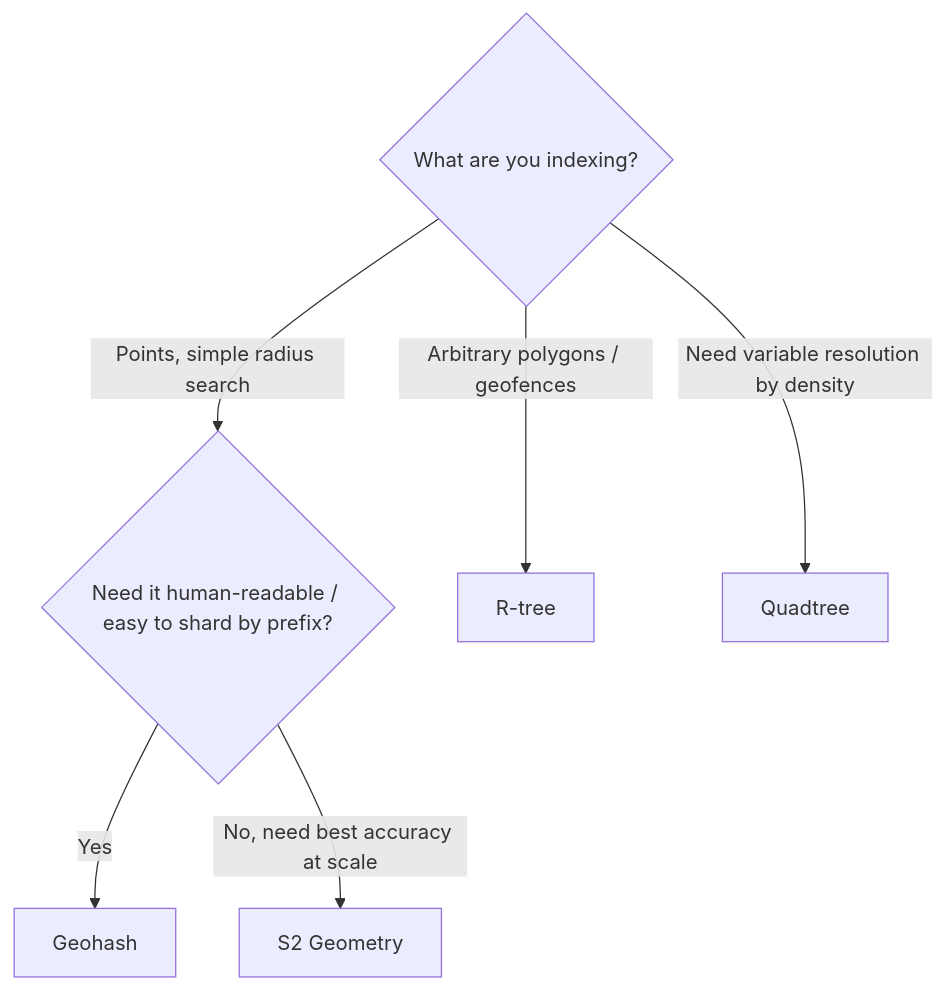
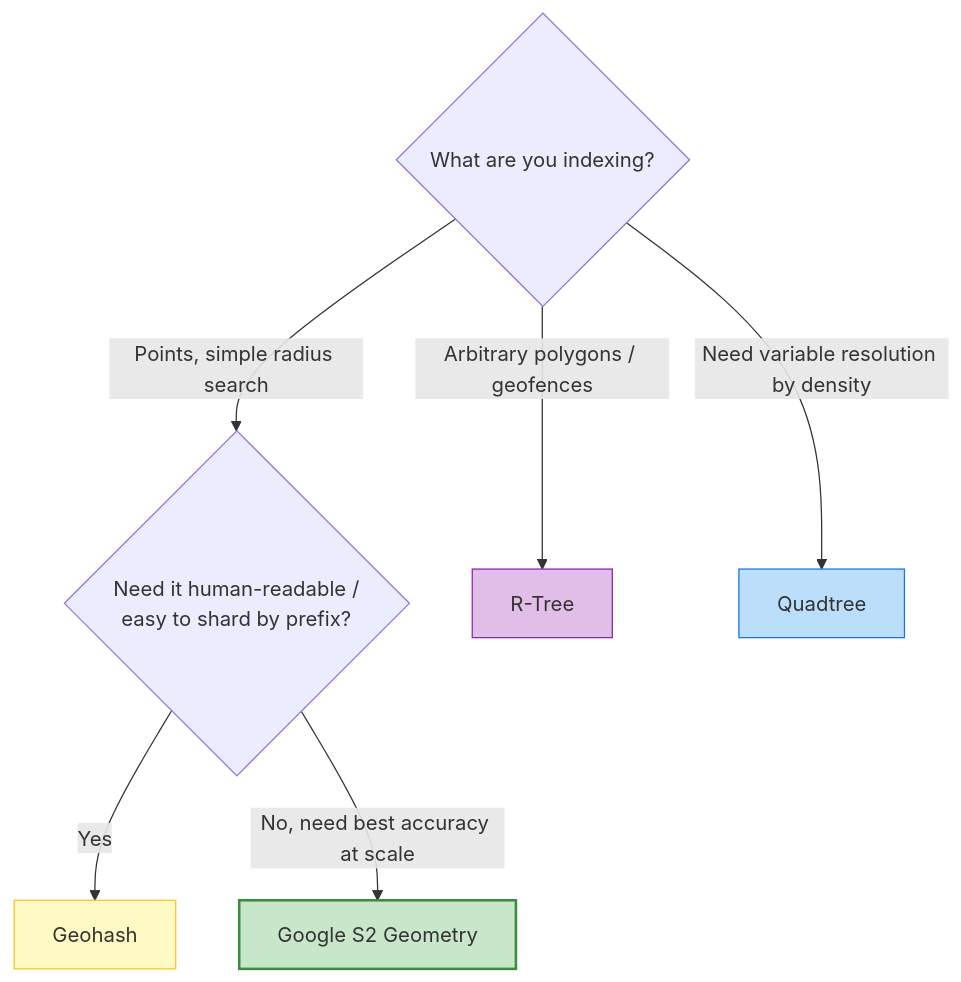
One commit to riyaz-pasha/Learnings changed the ninth of 27 diagrams in system-design/HLD/0-course/28-Design Google Maps-FAANG-Guide.md. Above: the diagram before and after it, drawn with Mermaid. The commit also changed other lines of this file and 1 other file, not shown here.

First line of the commit message:
[HLD] Rewrite and restore Google Maps guide + story companion

````diff
--- a/system-design/HLD/0-course/28-Design Google Maps-FAANG-Guide.md
+++ b/system-design/HLD/0-course/28-Design Google Maps-FAANG-Guide.md
@@ -410,8 +512,13 @@
 ```mermaid
 flowchart TD
-    A{What are you indexing?} -->|Points, simple radius search| B{Need it human-readable / easy to shard by prefix?}
-    B -->|Yes| C[Geohash]
-    B -->|No, need best accuracy at scale| D[S2 Geometry]
-    A -->|Arbitrary polygons / geofences| E[R-tree]
-    A -->|Need variable resolution by density| F[Quadtree]
+    A{"What are you indexing?"} -->|"Points, simple radius search"| B{"Need it human-readable /<br/>easy to shard by prefix?"}
+    B -->|"Yes"| C["Geohash"]
+    B -->|"No, need best accuracy at scale"| D["Google S2 Geometry"]
+    A -->|"Arbitrary polygons / geofences"| E["R-Tree"]
+    A -->|"Need variable resolution by density"| F["Quadtree"]
+
+    style C fill:#fff9c4,stroke:#fbc02d
+    style D fill:#c8e6c9,stroke:#388e3c,stroke-width:2px
+    style E fill:#e1bee7,stroke:#8e24aa
+    style F fill:#bbdefb,stroke:#1976d2
 ```
````
